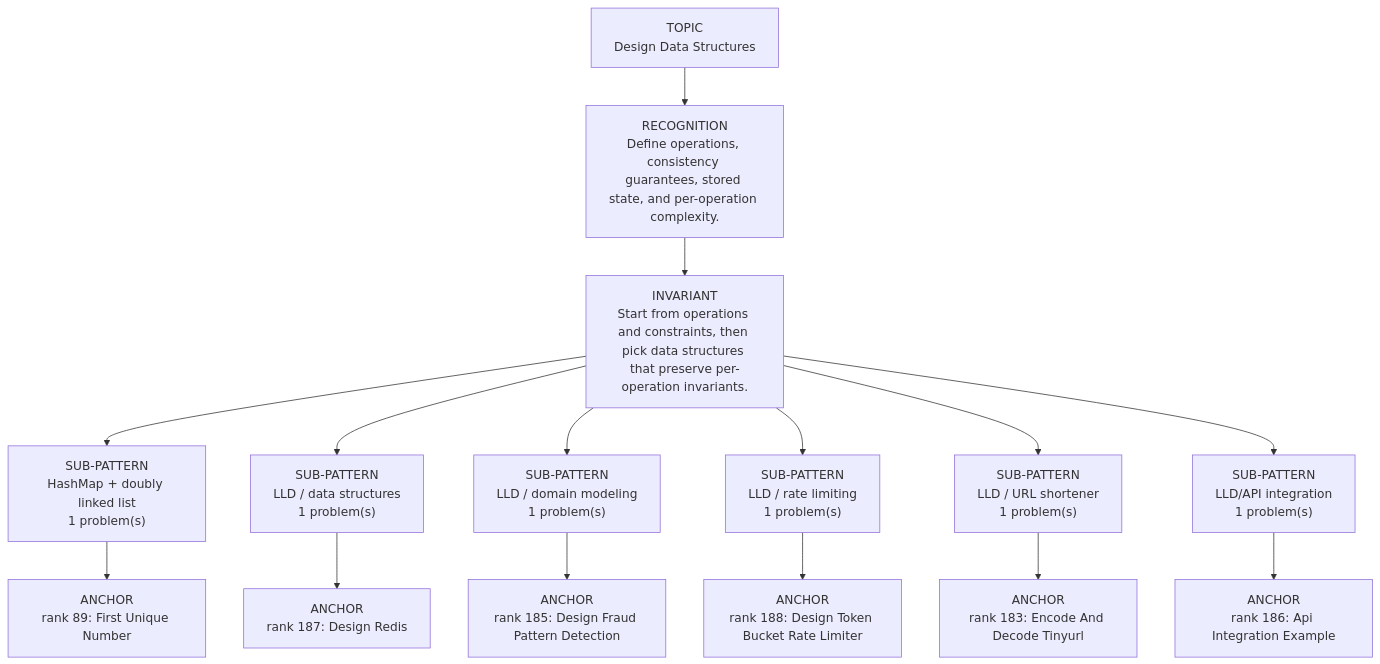
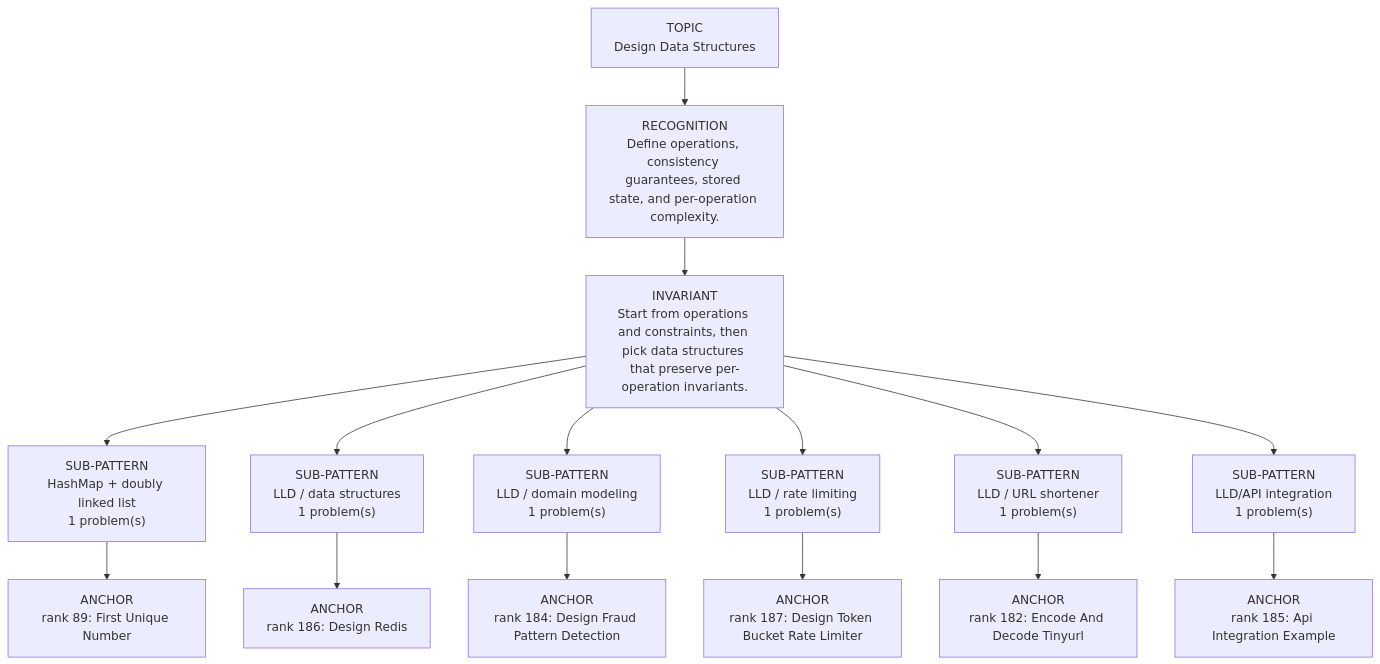
Before and after one commit to thechiranjeevjain/DSA10days: the diagram in dsa-review/interview/patterns/19_design_lld.md, drawn with Mermaid. The commit also changed other lines of this file and 71 other files, not shown here.

````diff
--- a/dsa-review/interview/patterns/19_design_lld.md
+++ b/dsa-review/interview/patterns/19_design_lld.md
@@ -15,19 +15,19 @@
 ```mermaid
 flowchart TD
   Topic["TOPIC<br/>Design Data Structures"]
   Recognition["RECOGNITION<br/>Define operations, consistency guarantees, stored state, and per-operation complexity."]
   Invariant["INVARIANT<br/>Start from operations and constraints, then pick data structures that preserve per-operation invariants."]
   Topic --> Recognition --> Invariant
   Invariant --> Sub01["SUB-PATTERN<br/>HashMap + doubly linked list<br/>1 problem(s)"]
   Sub01 --> Sub01A01["ANCHOR<br/>rank 89: First Unique Number"]
   Invariant --> Sub02["SUB-PATTERN<br/>LLD / data structures<br/>1 problem(s)"]
-  Sub02 --> Sub02A01["ANCHOR<br/>rank 187: Design Redis"]
+  Sub02 --> Sub02A01["ANCHOR<br/>rank 186: Design Redis"]
   Invariant --> Sub03["SUB-PATTERN<br/>LLD / domain modeling<br/>1 problem(s)"]
-  Sub03 --> Sub03A01["ANCHOR<br/>rank 185: Design Fraud Pattern Detection"]
+  Sub03 --> Sub03A01["ANCHOR<br/>rank 184: Design Fraud Pattern Detection"]
   Invariant --> Sub04["SUB-PATTERN<br/>LLD / rate limiting<br/>1 problem(s)"]
-  Sub04 --> Sub04A01["ANCHOR<br/>rank 188: Design Token Bucket Rate Limiter"]
+  Sub04 --> Sub04A01["ANCHOR<br/>rank 187: Design Token Bucket Rate Limiter"]
   Invariant --> Sub05["SUB-PATTERN<br/>LLD / URL shortener<br/>1 problem(s)"]
-  Sub05 --> Sub05A01["ANCHOR<br/>rank 183: Encode And Decode Tinyurl"]
+  Sub05 --> Sub05A01["ANCHOR<br/>rank 182: Encode And Decode Tinyurl"]
   Invariant --> Sub06["SUB-PATTERN<br/>LLD/API integration<br/>1 problem(s)"]
-  Sub06 --> Sub06A01["ANCHOR<br/>rank 186: Api Integration Example"]
+  Sub06 --> Sub06A01["ANCHOR<br/>rank 185: Api Integration Example"]
 ```
````
